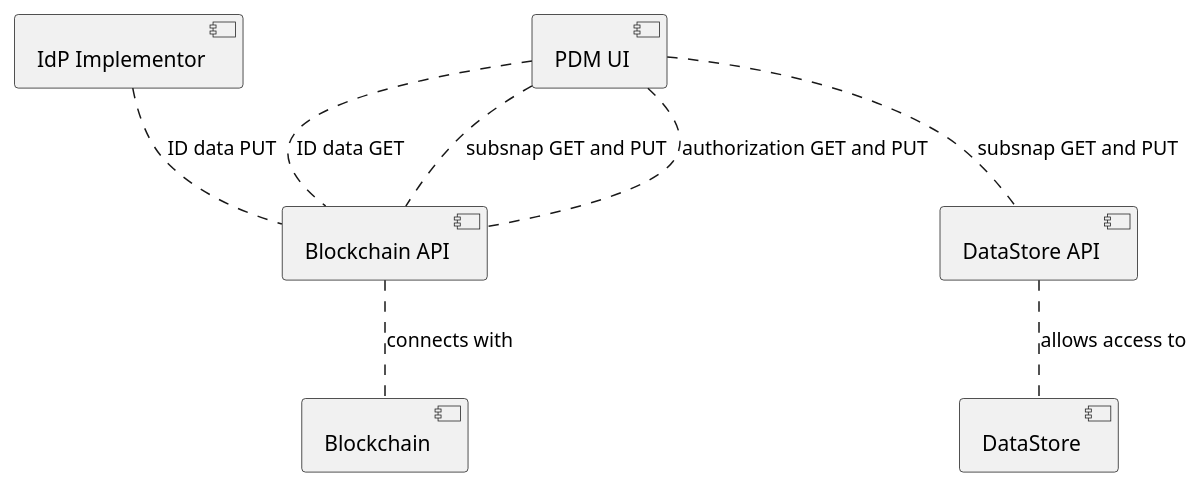
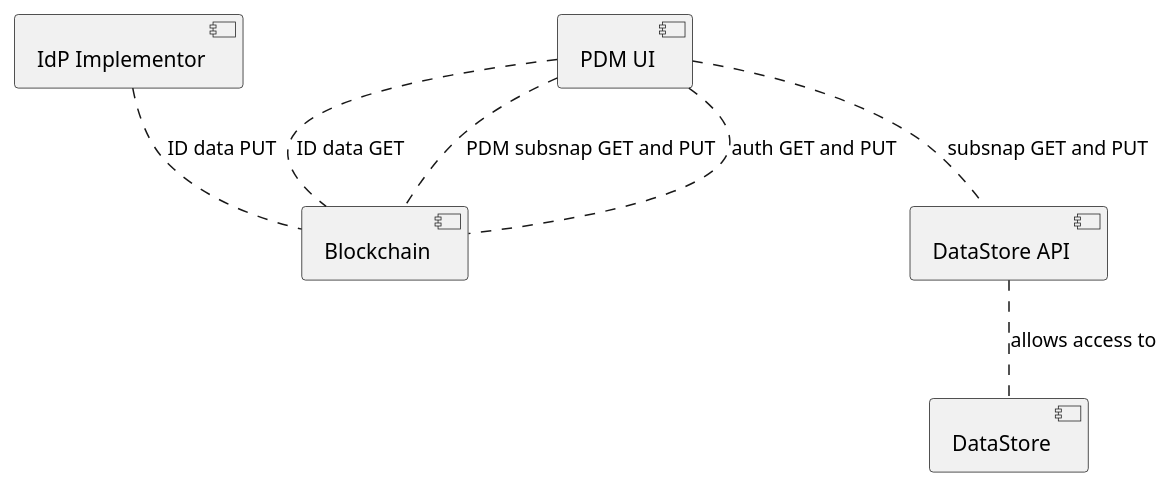
One commit to dbh17-team-isaac/fima-prototype changed the diagram in design/components.puml. Above: the diagram before and after it, drawn with PlantUML.

Commit message:
Remove blockchain API from components diagram

```diff
--- a/design/components.puml
+++ b/design/components.puml
@@ -1,21 +1,19 @@
 @startuml
 
 [IdP Implementor]
 
-[Blockchain API]
 [Blockchain]
-[Blockchain API] .. [Blockchain] : connects with
 
-[IdP Implementor] .. [Blockchain API] : ID data PUT
+[IdP Implementor] .. [Blockchain] : ID data PUT
 
 [DataStore]
 [DataStore API]
 [DataStore API] .. [DataStore] : allows access to
 
 [PDM UI]
-[PDM UI] .. [Blockchain API] : ID data GET
-[PDM UI] .. [Blockchain API] : subsnap GET and PUT
-[PDM UI] .. [Blockchain API] : authorization GET and PUT
+[PDM UI] .. [Blockchain] : ID data GET
+[PDM UI] .. [Blockchain] : PDM subsnap GET and PUT
+[PDM UI] .. [Blockchain] : auth GET and PUT
 [PDM UI] .. [DataStore API] : subsnap GET and PUT
 
 @enduml
```
